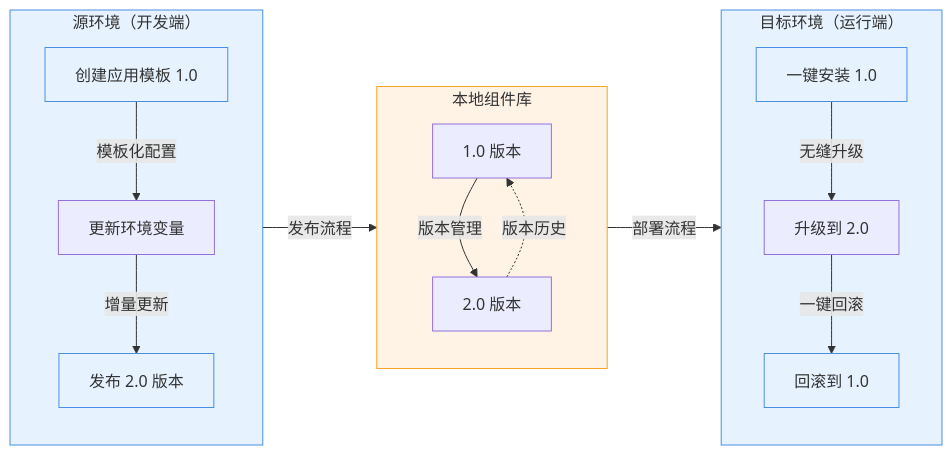
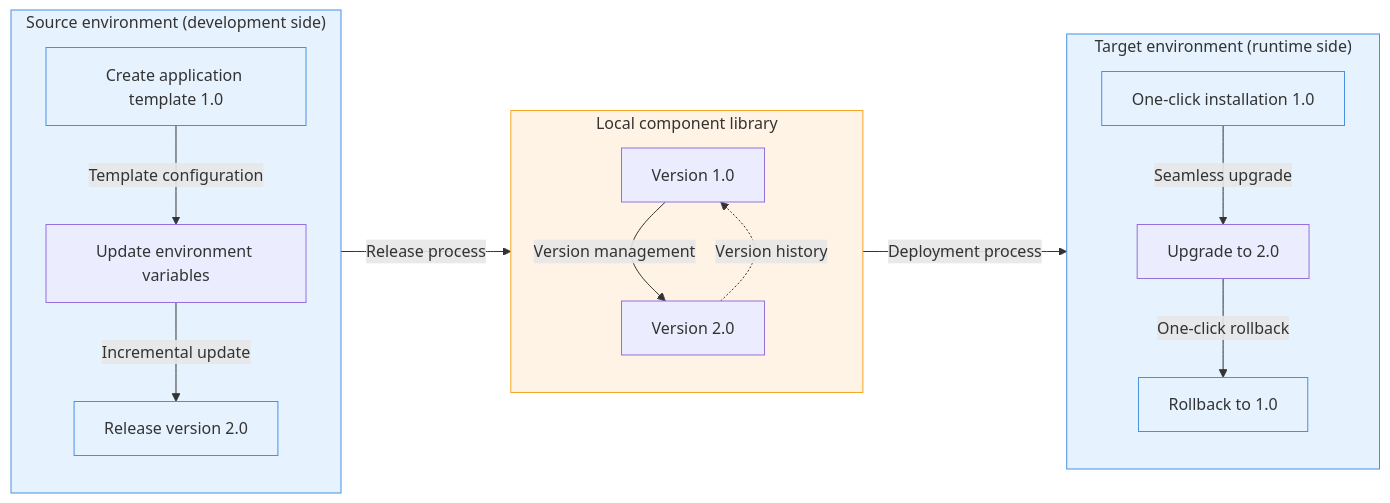
Before and after one commit to goodrain/rainbond-docs: the diagram in i18n/en/docusaurus-plugin-content-docs/current/tutorial/app-template-manage.md, drawn with Mermaid. The commit also changed other lines of this file and 14 other files, not shown here.

````diff
--- a/i18n/en/docusaurus-plugin-content-docs/current/tutorial/app-template-manage.md
+++ b/i18n/en/docusaurus-plugin-content-docs/current/tutorial/app-template-manage.md
@@ -16,33 +16,33 @@
 ```mermaid
 flowchart LR
-    subgraph SOURCE["源环境（开发端）"]
+    subgraph SOURCE["Source environment (development side)"]
         direction TB
-        S1[创建应用模板 1.0] -->|模板化配置| S2[更新环境变量]
-        S2 -->|增量更新| S3[发布 2.0 版本]
+        S1[Create application template 1.0] -->|Template configuration| S2[Update environment variables]
+        S2 -->|Incremental update| S3[Release version 2.0]
         style S1 fill:#e6f3ff,stroke:#4a90e2
         style S3 fill:#e6f3ff,stroke:#4a90e2
     end
 
-    subgraph LIB["本地组件库"]
+    subgraph LIB["Local component library"]
         direction TB
-        L1[1.0 版本] -->|版本管理| L2[2.0 版本]
-        L2 -.->|版本历史| L1
+        L1[Version 1.0] -->|Version management| L2[Version 2.0]
+        L2 -.->|Version history| L1
         style LIB fill:#fff3e6,stroke:#f5a623
     end
 
-    subgraph TARGET["目标环境（运行端）"]
+    subgraph TARGET["Target environment (runtime side)"]
         direction TB
-        T1[一键安装 1.0] -->|无缝升级| T2[升级到 2.0]
-        T2 -->|一键回滚| T3[回滚到 1.0]
+        T1[One-click installation 1.0] -->|Seamless upgrade| T2[Upgrade to 2.0]
+        T2 -->|One-click rollback| T3[Rollback to 1.0]
         style T1 fill:#e6f3ff,stroke:#4a90e2
         style T3 fill:#e6f3ff,stroke:#4a90e2
     end
 
-    SOURCE -->|发布流程| LIB
-    LIB -->|部署流程| TARGET
+    SOURCE -->|Release process| LIB
+    LIB -->|Deployment process| TARGET
 
     classDef env fill:#e6f3ff,stroke:#4a90e2;
     classDef lib fill:#fff3e6,stroke:#f5a623;
     class SOURCE,TARGET env
     class LIB lib
 ```
````
